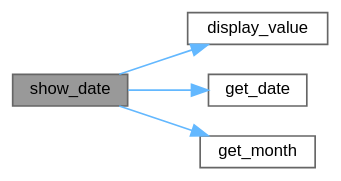
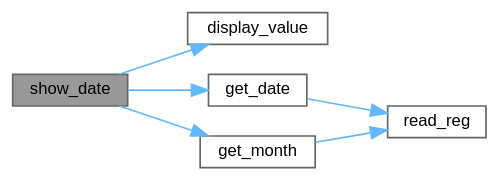
One commit to Ghaadyy/elevator-controller changed the diagram in dev/cabin__display_8c_ac509fb687538ef74425d0afa4758e349_cgraph.dot. Above: the diagram before and after it, drawn with Graphviz. The commit also changed 90 other files, not shown here.

```diff
--- a/dev/cabin__display_8c_ac509fb687538ef74425d0afa4758e349_cgraph.dot
+++ b/dev/cabin__display_8c_ac509fb687538ef74425d0afa4758e349_cgraph.dot
@@ -1,15 +1,18 @@
 digraph "show_date"
 {
  // LATEX_PDF_SIZE
   bgcolor="transparent";
   edge [fontname=Helvetica,fontsize=10,labelfontname=Helvetica,labelfontsize=10];
   node [fontname=Helvetica,fontsize=10,shape=box,height=0.2,width=0.4];
   rankdir="LR";
   Node1 [id="Node000001",label="show_date",height=0.2,width=0.4,color="gray40", fillcolor="grey60", style="filled", fontcolor="black",tooltip="Display the current date in (DD MM) format."];
   Node1 -> Node2 [id="edge1_Node000001_Node000002",color="steelblue1",style="solid",tooltip=" "];
   Node2 [id="Node000002",label="display_value",height=0.2,width=0.4,color="grey40", fillcolor="white", style="filled",URL="$cabin__display_8c.html#a1c3320d2f19fbf616c4be1c441dceb0b",tooltip="Display a 2-digit value across two 7-segment displays."];
   Node1 -> Node3 [id="edge2_Node000001_Node000003",color="steelblue1",style="solid",tooltip=" "];
-  Node3 [id="Node000003",label="get_date",height=0.2,width=0.4,color="grey40", fillcolor="white", style="filled",URL="$ds1307_8c.html#a8caf51269a00dcd8d51c4f0118543abf",tooltip="Get the date in BCD format."];
-  Node1 -> Node4 [id="edge3_Node000001_Node000004",color="steelblue1",style="solid",tooltip=" "];
-  Node4 [id="Node000004",label="get_month",height=0.2,width=0.4,color="grey40", fillcolor="white", style="filled",URL="$ds1307_8c.html#a2652d27e01e91f3af49843b6dbecd240",tooltip="Get the month in BCD format."];
+  Node3 [id="Node000003",label="get_date",height=0.2,width=0.4,color="grey40", fillcolor="white", style="filled",URL="$date_8c.html#a8caf51269a00dcd8d51c4f0118543abf",tooltip="Get the date in BCD format."];
+  Node3 -> Node4 [id="edge3_Node000003_Node000004",color="steelblue1",style="solid",tooltip=" "];
+  Node4 [id="Node000004",label="read_reg",height=0.2,width=0.4,color="grey40", fillcolor="white", style="filled",URL="$ds1307_8c.html#a6eabf08e23fb4e463ca64022323f04d2",tooltip="Reads a DS1307 register value."];
+  Node1 -> Node5 [id="edge4_Node000001_Node000005",color="steelblue1",style="solid",tooltip=" "];
+  Node5 [id="Node000005",label="get_month",height=0.2,width=0.4,color="grey40", fillcolor="white", style="filled",URL="$date_8c.html#a2652d27e01e91f3af49843b6dbecd240",tooltip="Get the month in BCD format."];
+  Node5 -> Node4 [id="edge5_Node000005_Node000004",color="steelblue1",style="solid",tooltip=" "];
 }
```
